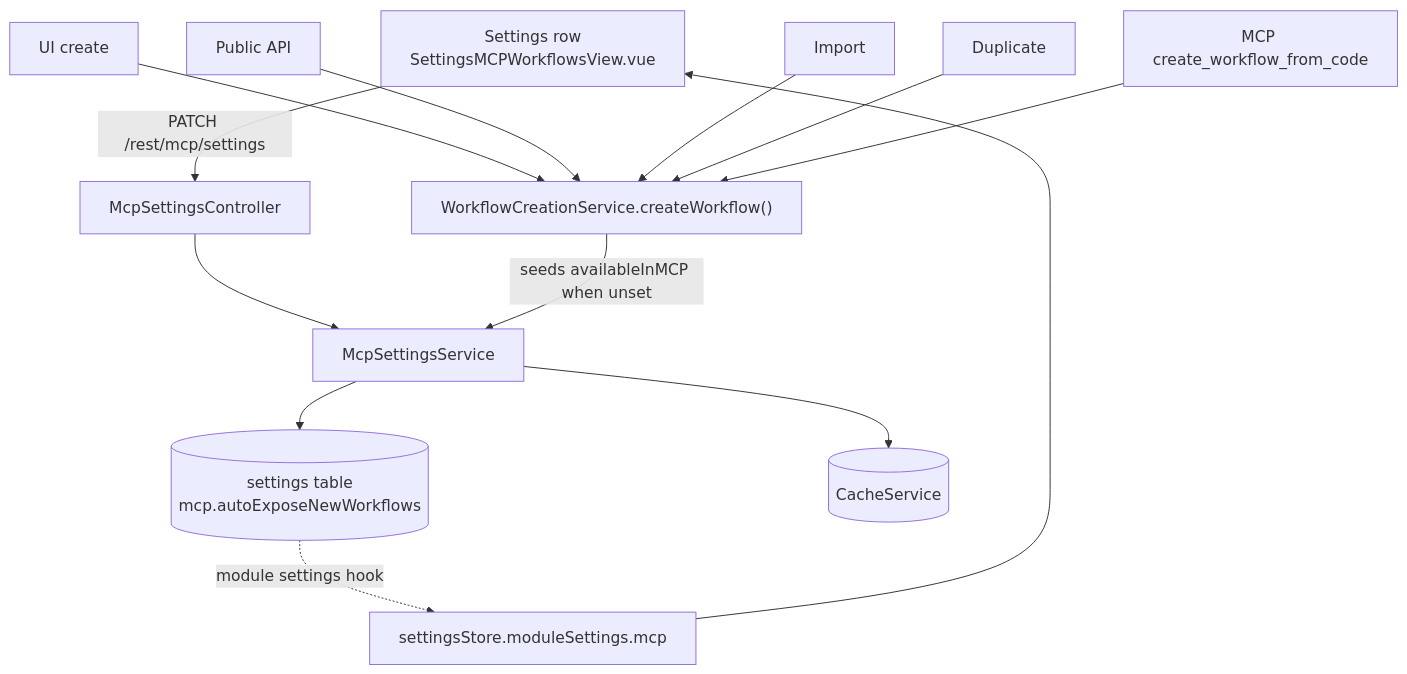
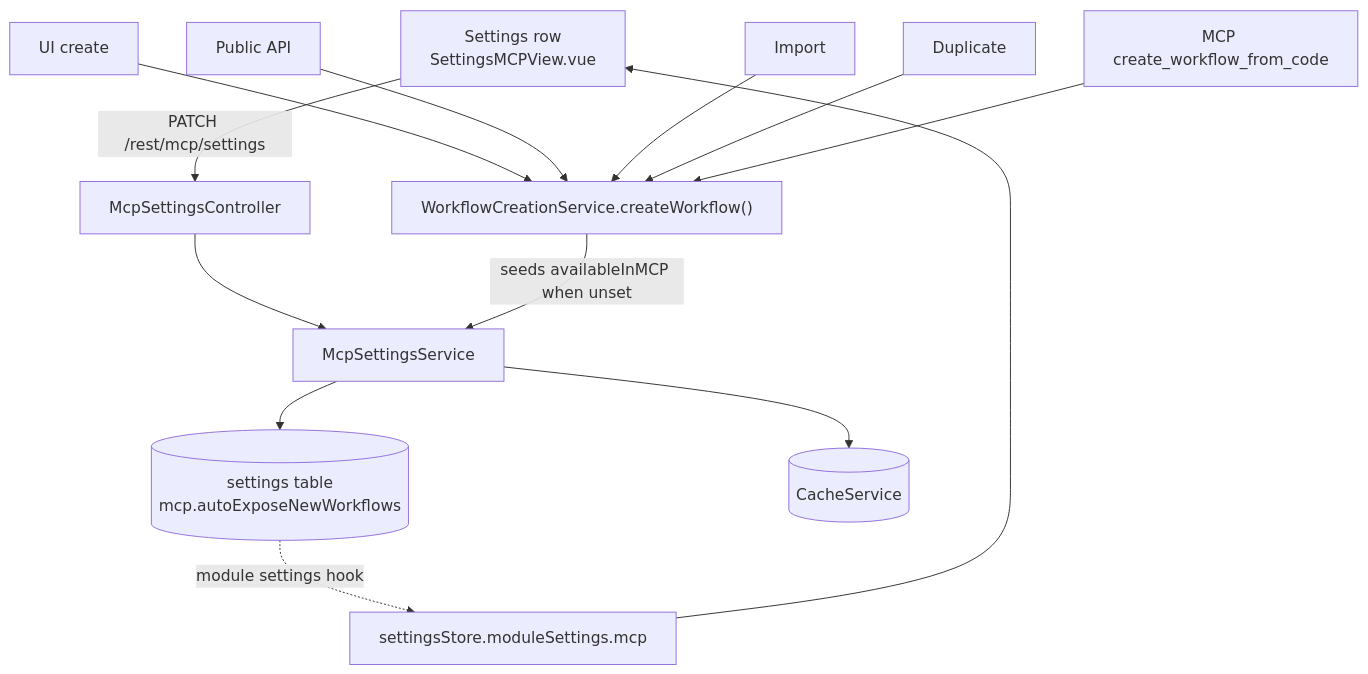
Before and after one commit to mayankjain1815-commits/n8n: the diagram in docs/superpowers/specs/2026-08-05-mcp-22-auto-expose-new-workflows-design.md, drawn with Mermaid. The commit also changed other lines of this file, not shown here.

First line of the commit message:
docs: Sync MCP-22 spec with what actually shipped

````diff
--- a/docs/superpowers/specs/2026-08-05-mcp-22-auto-expose-new-workflows-design.md
+++ b/docs/superpowers/specs/2026-08-05-mcp-22-auto-expose-new-workflows-design.md
@@ -25,17 +25,17 @@
 ```mermaid
 flowchart TD
-    Toggle["Settings row<br/>SettingsMCPWorkflowsView.vue"] -->|PATCH /rest/mcp/settings| Ctrl[McpSettingsController]
+    Toggle["Settings row<br/>SettingsMCPView.vue"] -->|PATCH /rest/mcp/settings| Ctrl[McpSettingsController]
     Ctrl --> Svc[McpSettingsService]
     Svc --> Store[("settings table<br/>mcp.autoExposeNewWorkflows")]
     Svc --> Cache[(CacheService)]
 
     Store -.->|module settings hook| FE[settingsStore.moduleSettings.mcp]
     FE --> Toggle
 
     UI[UI create] --> Create
     API[Public API] --> Create
     Import[Import] --> Create
     Dup[Duplicate] --> Create
     MCPTool["MCP create_workflow_from_code"] --> Create
     Create["WorkflowCreationService.createWorkflow()"] -->|seeds availableInMCP when unset| Svc
 ```
````
